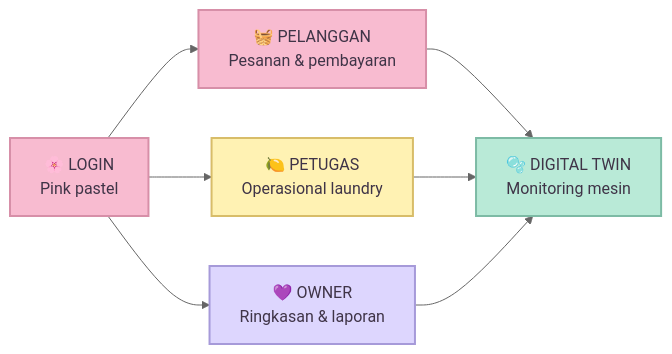
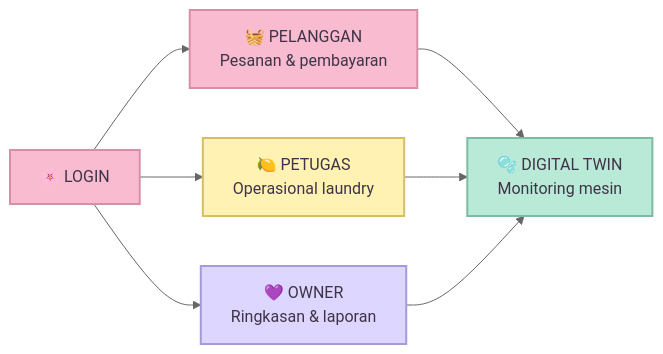
One commit to RPLUNIT032026/Smart-Laundry-AKT25 changed the fourth of 4 diagrams in Sprint 1/designdanarsiktektur.md. Above: the diagram before and after it, drawn with Mermaid (neutral theme).

````diff
--- a/Sprint 1/designdanarsiktektur.md
+++ b/Sprint 1/designdanarsiktektur.md
@@ -267,17 +267,17 @@
 ```mermaid
 flowchart LR
-    L["🌸 LOGIN<br/>Pink pastel"] --> P["🧺 PELANGGAN<br/>Pesanan & pembayaran"]
+    L["🌸 LOGIN<br/"] --> P["🧺 PELANGGAN<br/>Pesanan & pembayaran"]
     L --> T["🍋 PETUGAS<br/>Operasional laundry"]
     L --> O["💜 OWNER<br/>Ringkasan & laporan"]
     P --> M["🫧 DIGITAL TWIN<br/>Monitoring mesin"]
     T --> M
     O --> M
     classDef pink fill:#F8BBD0,stroke:#D78FA8,color:#3F3447,stroke-width:2px;
     classDef yellow fill:#FFF2B3,stroke:#D8BD69,color:#3F3447,stroke-width:2px;
     classDef lavender fill:#DDD6FE,stroke:#A69AD9,color:#3F3447,stroke-width:2px;
     classDef mint fill:#B9EAD7,stroke:#7DBBA5,color:#3F3447,stroke-width:2px;
     class L,P pink;
     class T yellow;
     class O lavender;
     class M mint;
 ```
````
